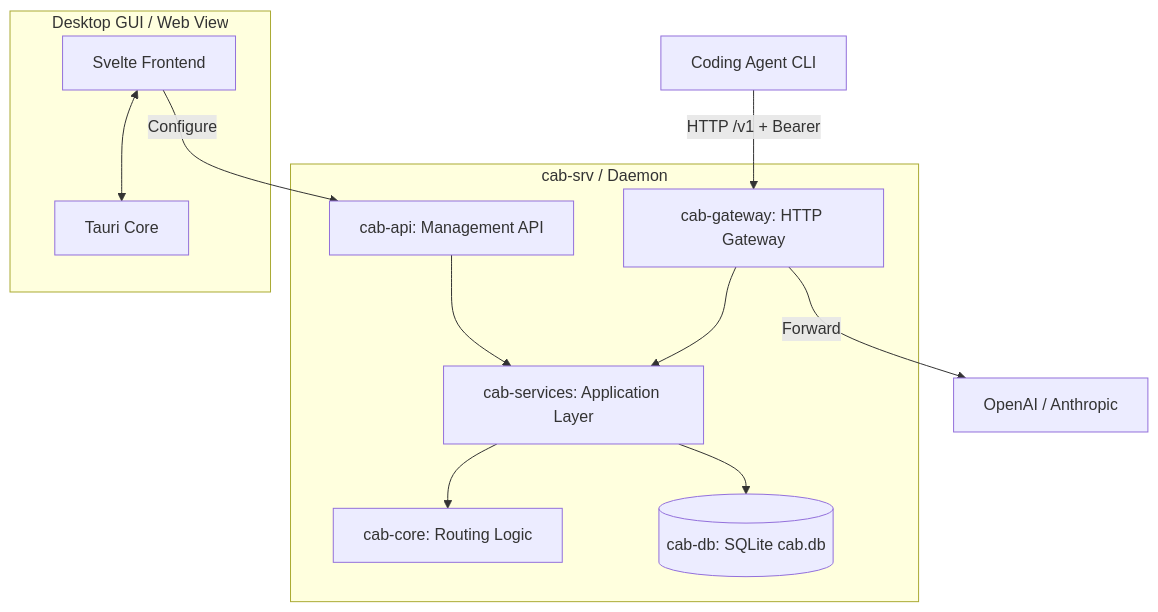
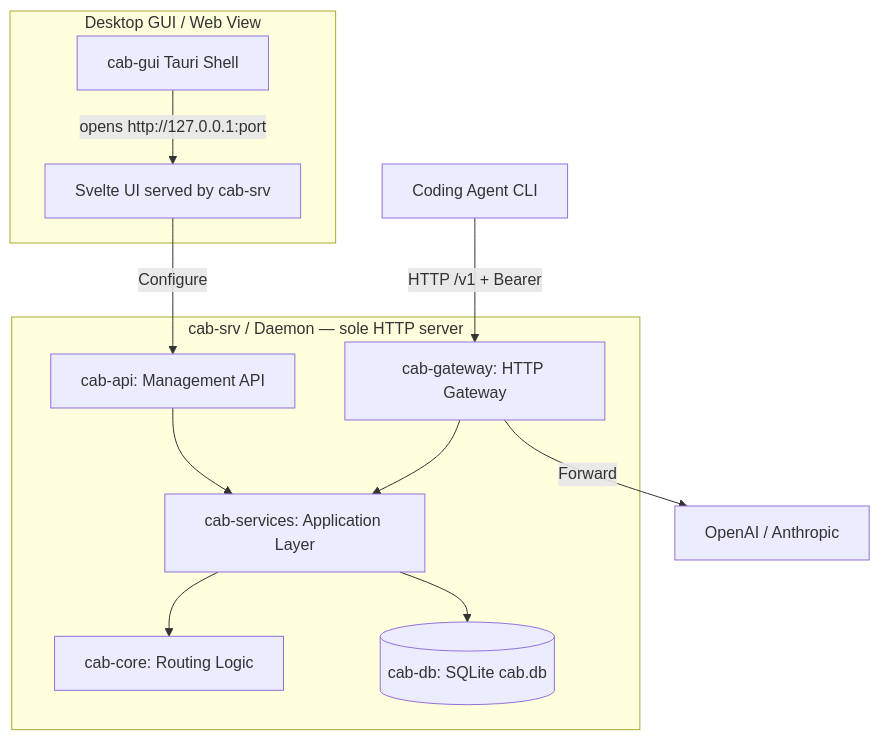
One commit to xiongdi/cab changed the diagram in README.md. Above: the diagram before and after it, drawn with Mermaid. The commit also changed other lines of this file and 37 other files, not shown here.

````diff
--- a/README.md
+++ b/README.md
@@ -21,22 +21,24 @@
 ```mermaid
 graph TD
     subgraph Frontend [Desktop GUI / Web View]
-        Svelte[Svelte Frontend] <--> Tauri[Tauri Core]
+        Tauri[cab-gui Tauri Shell]
+        Svelte[Svelte UI served by cab-srv]
+        Tauri -->|opens http://127.0.0.1:port| Svelte
     end
 
-    subgraph Backend [cab-srv / Daemon]
+    subgraph Backend [cab-srv / Daemon — sole HTTP server]
         API[cab-api: Management API]
         Gateway[cab-gateway: HTTP Gateway]
         Services[cab-services: Application Layer]
         DB[(cab-db: SQLite cab.db)]
         Core[cab-core: Routing Logic]
     end
 
     AgentCLI[Coding Agent CLI] -- "HTTP /v1 + Bearer" --> Gateway
     Gateway --> Services
     Services --> Core
     Services --> DB
     Gateway -- "Forward" --> LLM[OpenAI / Anthropic]
     Svelte -- "Configure" --> API
     API --> Services
 ```
````
